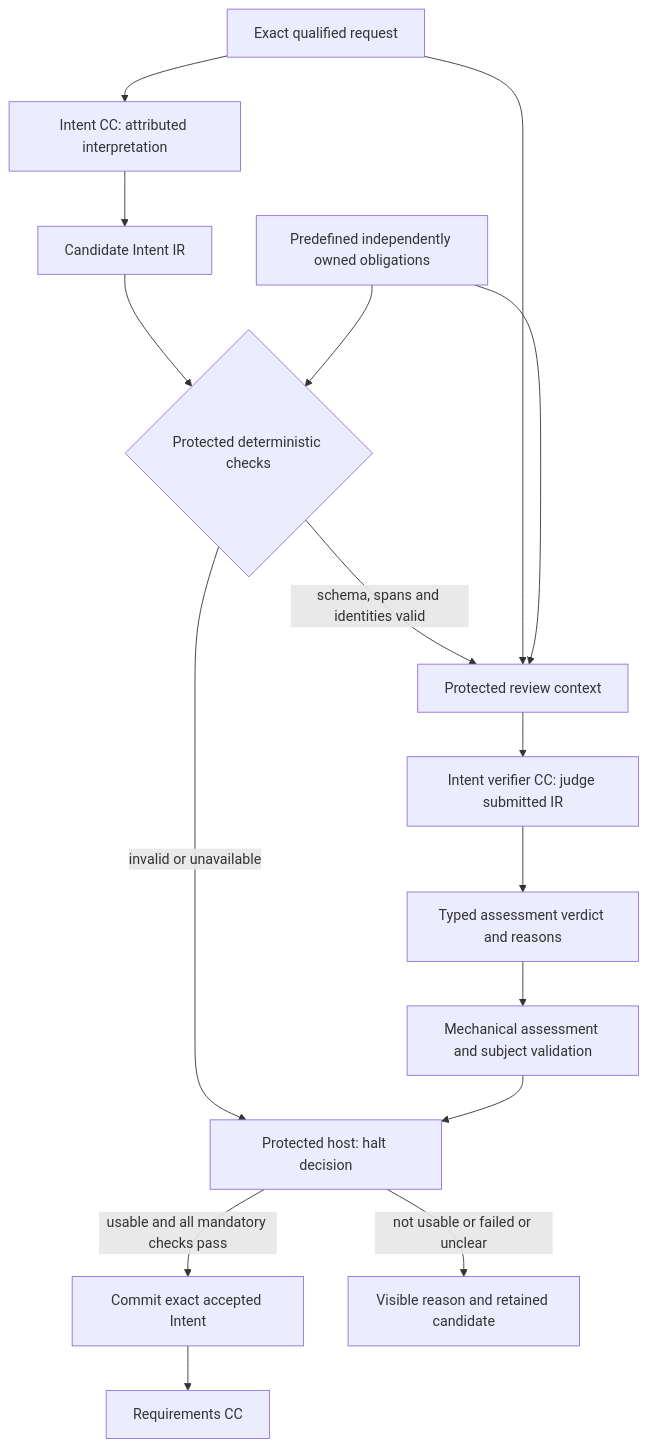
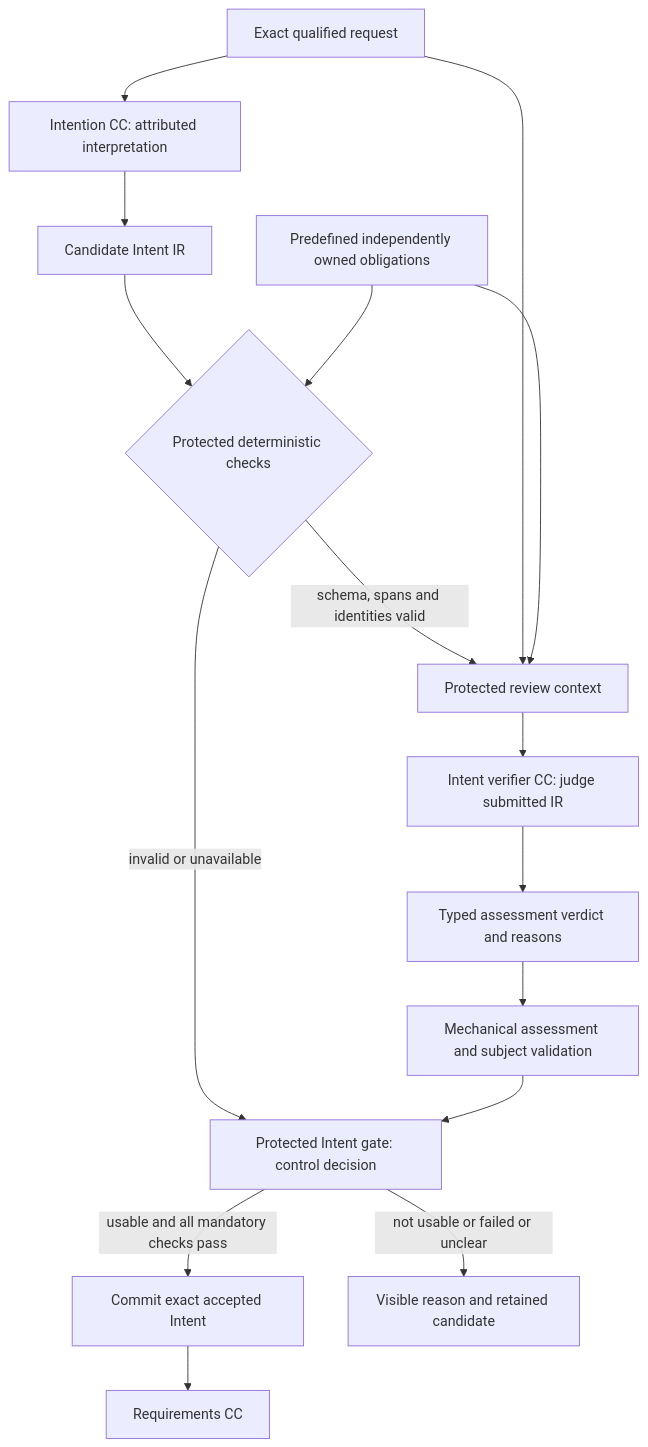
Before and after one commit to Stellven/jiuwenswarm: the first of 2 diagrams in docs/architecture/design-package-compact/intent-design.md, drawn with Mermaid. The commit also changed other lines of this file and 285 other files, not shown here.

````diff
--- a/docs/architecture/design-package-compact/intent-design.md
+++ b/docs/architecture/design-package-compact/intent-design.md
@@ -11,18 +13,18 @@
 ```mermaid
 flowchart TB
-    Request[Exact qualified request] --> Compile[Intent CC: attributed interpretation]
+    Request[Exact qualified request] --> Compile[Intention CC: attributed interpretation]
     Compile --> IR[Candidate Intent IR]
     IR --> D{Protected deterministic checks}
     D -->|schema, spans and identities valid| Context[Protected review context]
-    D -->|invalid or unavailable| Gate[Protected host: halt decision]
+    D -->|invalid or unavailable| Gate[Protected Intent gate: control decision]
     Request --> Context
     Profile[Predefined independently owned obligations] --> D
     Profile --> Context
     Context --> V[Intent verifier CC: judge submitted IR]
     V --> A[Typed assessment verdict and reasons]
     A --> Validate[Mechanical assessment and subject validation]
     Validate --> Gate
     Gate -->|usable and all mandatory checks pass| Commit[Commit exact accepted Intent]
     Gate -->|not usable or failed or unclear| Halt[Visible reason and retained candidate]
     Commit --> R[Requirements CC]
 ```
````
